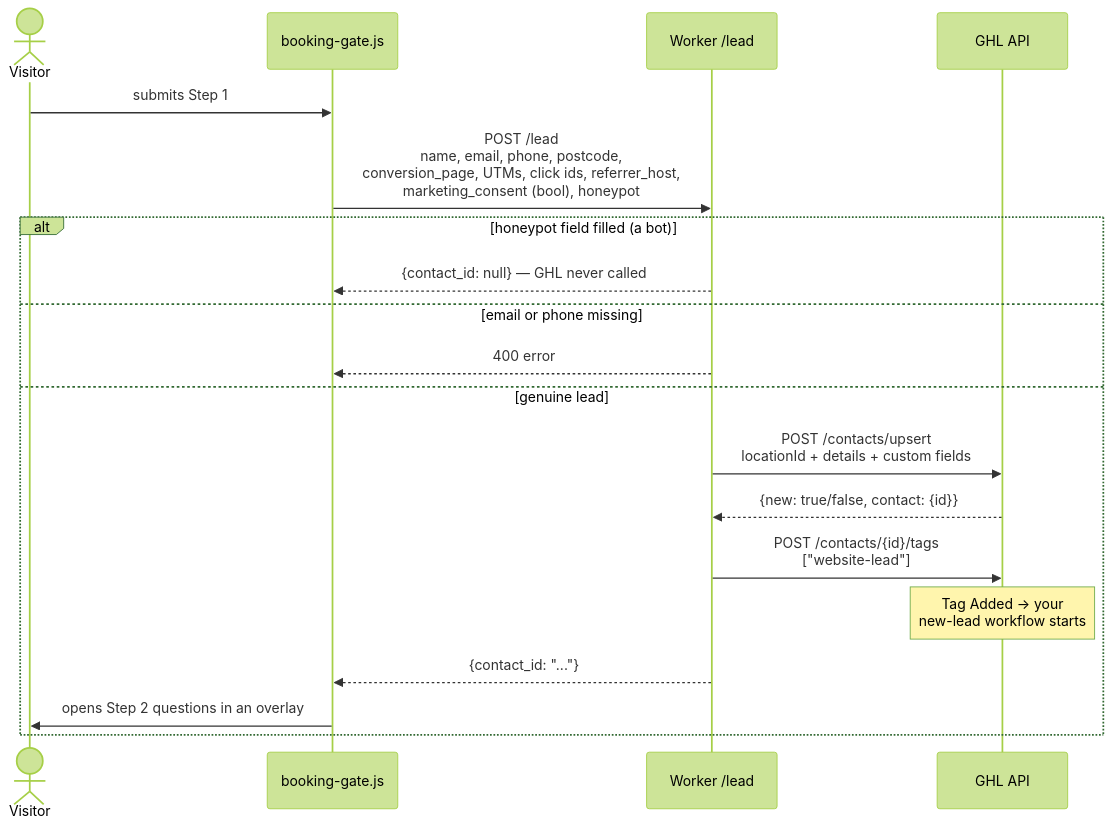
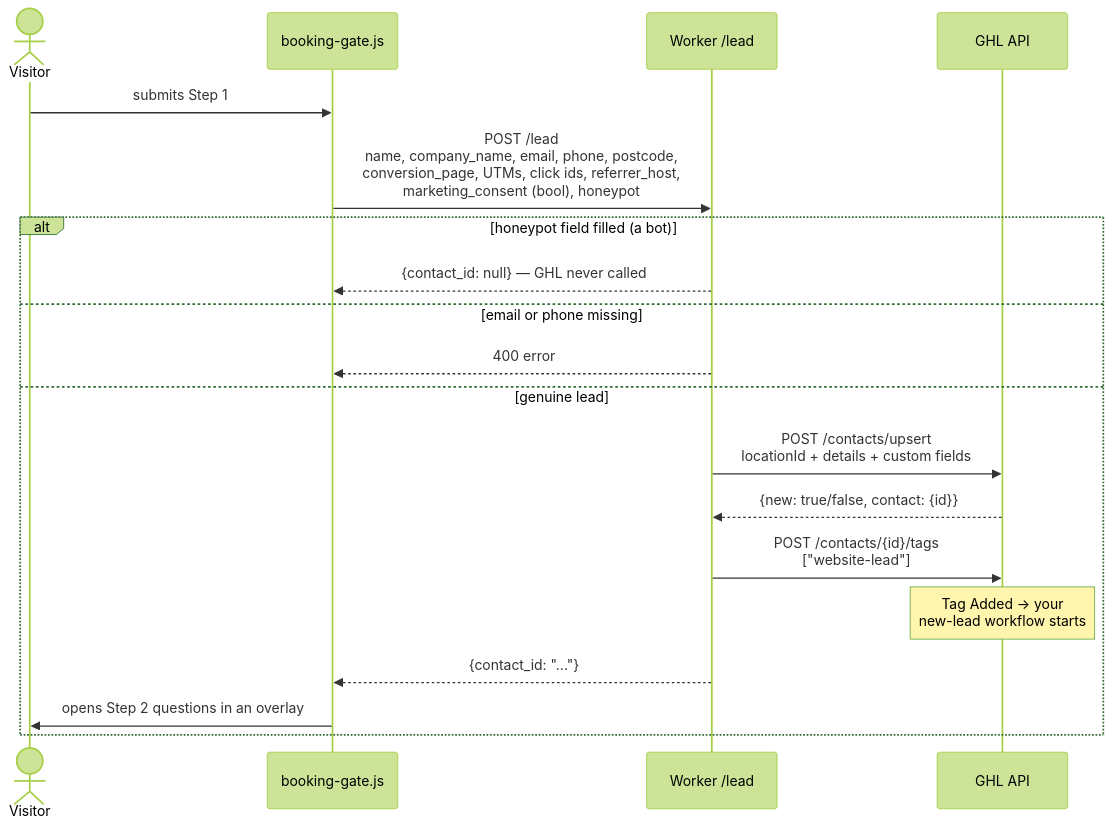
Before and after one commit to VantagePointFacilityServices/vpfs-website: the fourth of 11 diagrams in docs/WORKER.md, drawn with Mermaid (forest theme). The commit also changed other lines of this file and 23 other files, not shown here.

````diff
--- a/docs/WORKER.md
+++ b/docs/WORKER.md
@@ -258,22 +258,22 @@
 ```mermaid
 sequenceDiagram
     actor V as Visitor
     participant B as booking-gate.js
     participant W as Worker /lead
     participant G as GHL API
 
     V->>B: submits Step 1
-    B->>W: POST /lead<br/>name, email, phone, postcode,<br/>conversion_page, UTMs, click ids, referrer_host,<br/>marketing_consent (bool), honeypot
+    B->>W: POST /lead<br/>name, company_name, email, phone, postcode,<br/>conversion_page, UTMs, click ids, referrer_host,<br/>marketing_consent (bool), honeypot
     alt honeypot field filled (a bot)
         W-->>B: {contact_id: null} — GHL never called
     else email or phone missing
         W-->>B: 400 error
     else genuine lead
         W->>G: POST /contacts/upsert<br/>locationId + details + custom fields
         G-->>W: {new: true/false, contact: {id}}
         W->>G: POST /contacts/{id}/tags<br/>["website-lead"]
         Note over G: Tag Added → your<br/>new-lead workflow starts
         W-->>B: {contact_id: "..."}
         B->>V: opens Step 2 questions in an overlay
     end
 ```
````
